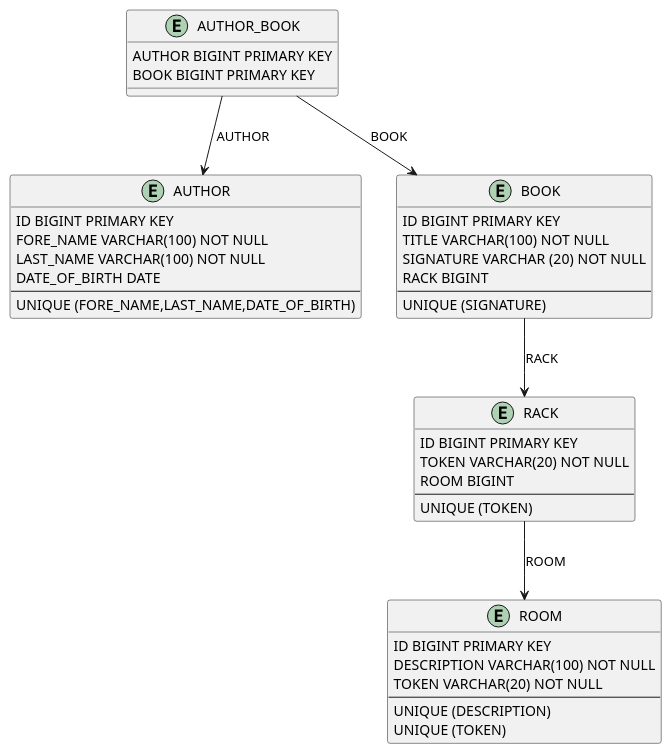
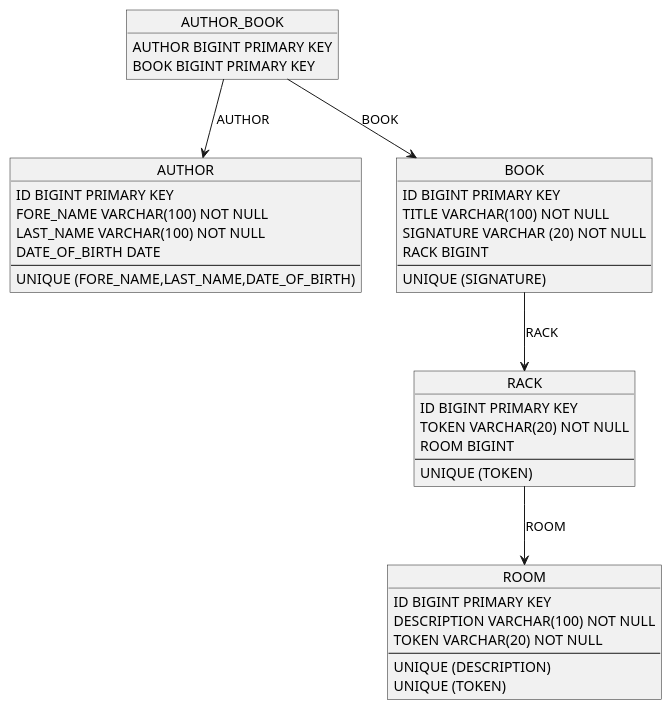
The diagram in docs/testing/test-database-model.plantuml (greifentor/archimedes-syracusian), drawn with PlantUML before and after one commit.

Commit message:
Updated test database model.

```diff
--- a/docs/testing/test-database-model.plantuml
+++ b/docs/testing/test-database-model.plantuml
@@ -1,48 +1,48 @@
 @startuml
 
-entity AUTHOR {
+object AUTHOR {
     ID BIGINT PRIMARY KEY
-	FORE_NAME VARCHAR(100) NOT NULL
-	LAST_NAME VARCHAR(100) NOT NULL
-	DATE_OF_BIRTH DATE
+    FORE_NAME VARCHAR(100) NOT NULL
+    LAST_NAME VARCHAR(100) NOT NULL
+    DATE_OF_BIRTH DATE
     ---
     UNIQUE (FORE_NAME,LAST_NAME,DATE_OF_BIRTH)
 }
 
-entity AUTHOR_BOOK {
+object AUTHOR_BOOK {
     AUTHOR BIGINT PRIMARY KEY
-	BOOK BIGINT PRIMARY KEY
+    BOOK BIGINT PRIMARY KEY
 }
 
-entity BOOK {
+object BOOK {
     ID BIGINT PRIMARY KEY
     TITLE VARCHAR(100) NOT NULL
     SIGNATURE VARCHAR (20) NOT NULL
     RACK BIGINT
     ---
     UNIQUE (SIGNATURE)
 }
 
-entity RACK {
+object RACK {
     ID BIGINT PRIMARY KEY
     TOKEN VARCHAR(20) NOT NULL
     ROOM BIGINT
     ---
     UNIQUE (TOKEN)
 }
 
-entity ROOM {
+object ROOM {
     ID BIGINT PRIMARY KEY
-	DESCRIPTION VARCHAR(100) NOT NULL
-	TOKEN VARCHAR(20) NOT NULL
+    DESCRIPTION VARCHAR(100) NOT NULL
+    TOKEN VARCHAR(20) NOT NULL
     ---
     UNIQUE (DESCRIPTION)
     UNIQUE (TOKEN)
 }
 
 AUTHOR_BOOK --> AUTHOR : AUTHOR
 AUTHOR_BOOK --> BOOK : BOOK
 BOOK --> RACK : RACK
 RACK --> ROOM : ROOM
 
 @enduml
```
